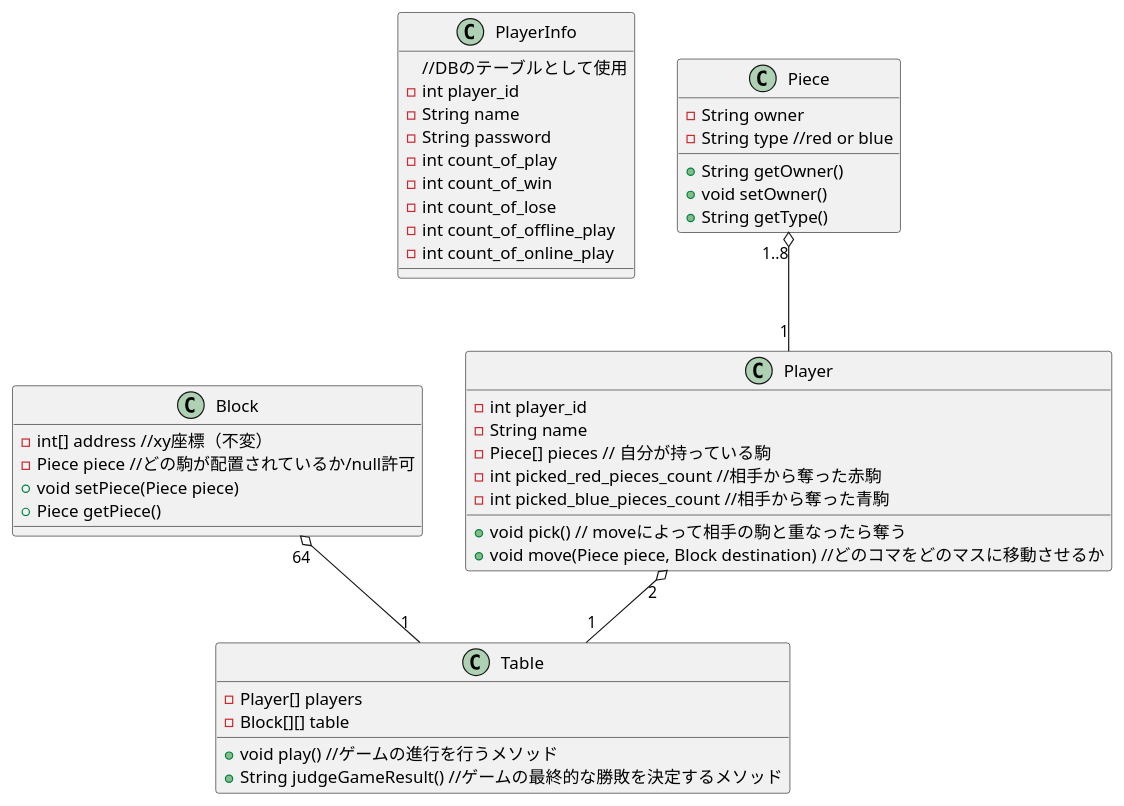
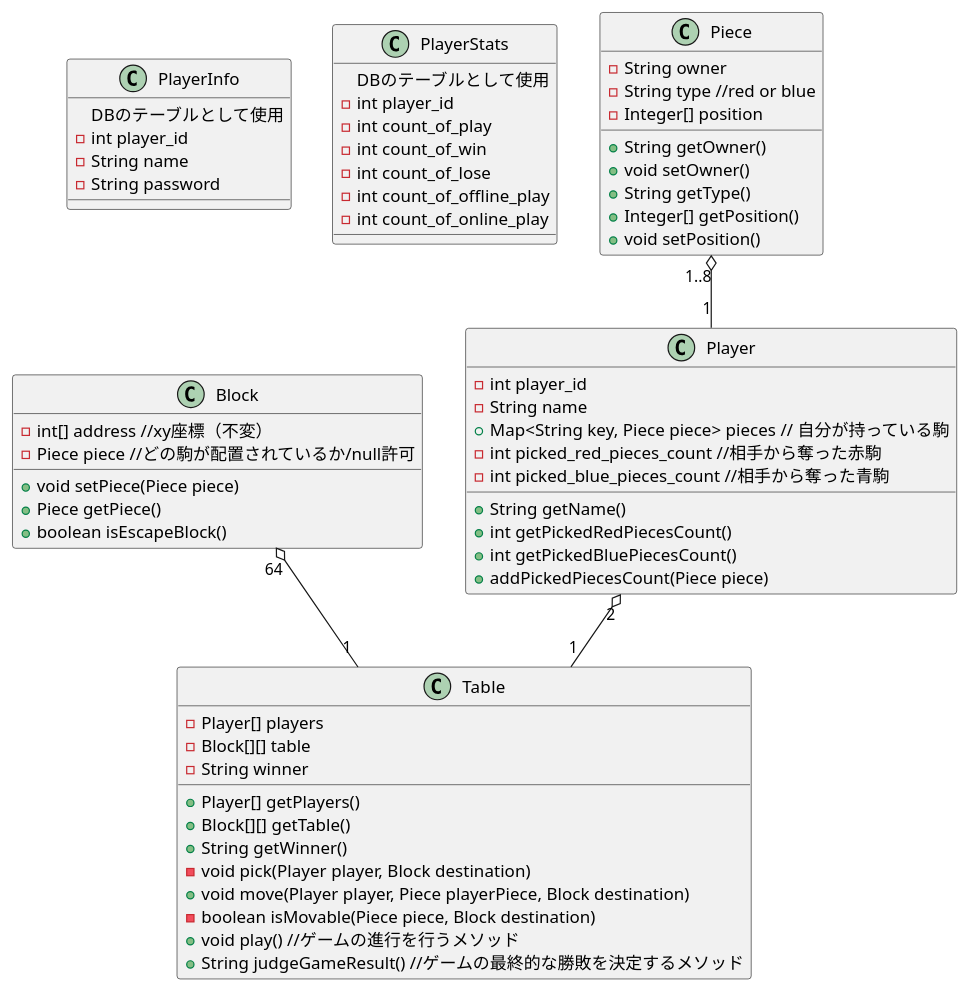
The diagram in classDesign.plantuml (KoheiMatsuno99/BoardGameStudio), drawn with PlantUML before and after one commit.

Commit message:
add and relocate methods

```diff
--- a/classDesign.plantuml
+++ b/classDesign.plantuml
@@ -1,50 +1,69 @@
 @startuml classDesign
 class PlayerInfo{
-    //DBのテーブルとして使用
+    DBのテーブルとして使用
     {field} - int player_id
     {field} - String name
     {field} - String password
+}
+
+class PlayerStats{
+    DBのテーブルとして使用
+    {field} - int player_id
     {field} - int count_of_play
     {field} - int count_of_win
     {field} - int count_of_lose
     {field} - int count_of_offline_play
     {field} - int count_of_online_play
 }
 
+
 class Player{
     {field} - int player_id
     {field} - String name
-    {field} - Piece[] pieces // 自分が持っている駒
+    {field} + Map<String key, Piece piece> pieces // 自分が持っている駒
     {field} - int picked_red_pieces_count //相手から奪った赤駒
     {field} - int picked_blue_pieces_count //相手から奪った青駒
-    {method} + void pick() // moveによって相手の駒と重なったら奪う
-    {method} + void move(Piece piece, Block destination) //どのコマをどのマスに移動させるか
+    {method} + String getName()
+    {method} + int getPickedRedPiecesCount()
+    {method} + int getPickedBluePiecesCount()
+    {method} + addPickedPiecesCount(Piece piece)
 }
 
 class Piece{
     {field} - String owner 
     {field} - String type //red or blue
+    {field} - Integer[] position
     {method} + String getOwner()
     {method} + void setOwner()
     {method} + String getType()
+    {method} + Integer[] getPosition()
+    {method} + void setPosition()
 }
 
 class Table{
     {field} - Player[] players
     {field} - Block[][] table
+    {field} - String winner
+    {method} + Player[] getPlayers()
+    {method} + Block[][] getTable()
+    {method} + String getWinner()
+    {method} - void pick(Player player, Block destination)
+    {method} + void move(Player player, Piece playerPiece, Block destination)
+    {method} - boolean isMovable(Piece piece, Block destination)
     {method} + void play() //ゲームの進行を行うメソッド
     {method} + String judgeGameResult() //ゲームの最終的な勝敗を決定するメソッド
 }
 
 class Block{
     {field} - int[] address //xy座標（不変）
     {field} - Piece piece //どの駒が配置されているか/null許可
-    {field} + void setPiece(Piece piece)
-    {field} + Piece getPiece()
+    {method} + void setPiece(Piece piece)
+    {method} + Piece getPiece()
+    {method} + boolean isEscapeBlock()
 }
 
 Piece "1..8" o-- "1" Player
 Block "64" o-- "1" Table
 Player "2" o-- "1" Table
 
 @enduml
```
